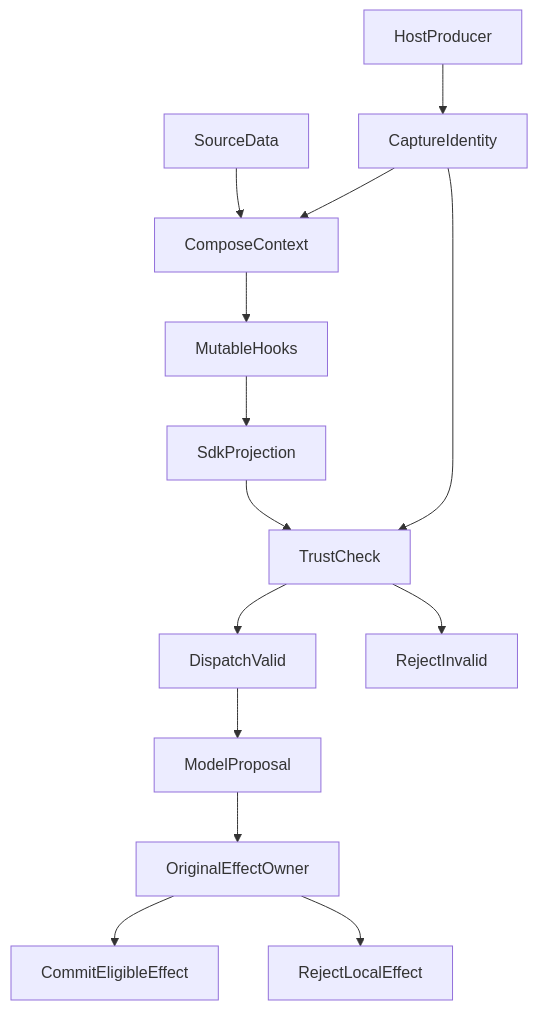
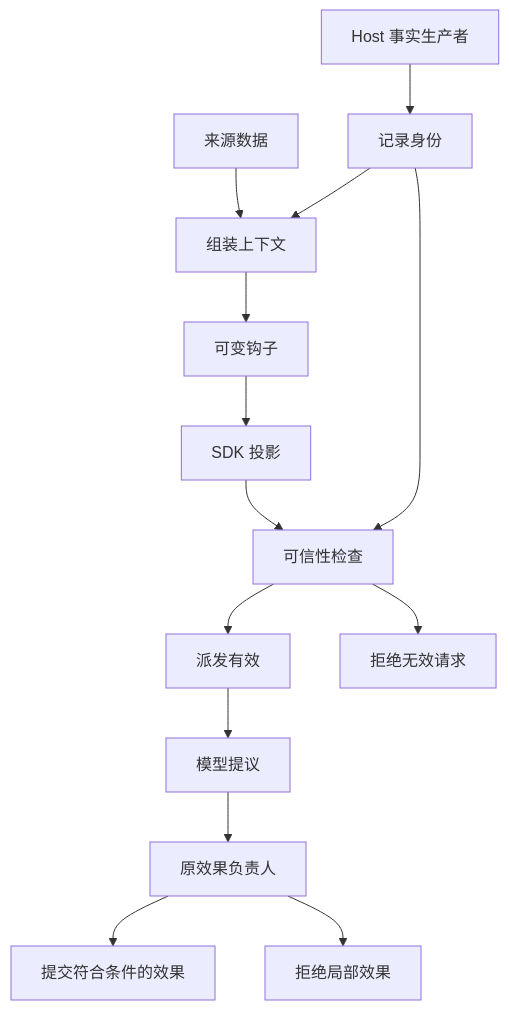
Before and after one commit to hpoenixf/eff-agent-article: the diagram in articles/agent-content-trust-prompt-injection.md, drawn with Mermaid. The commit also changed 52 other files, not shown here.

Commit message:
docs: localize diagrams and clarify flagship guides

````diff
--- a/articles/agent-content-trust-prompt-injection.md
+++ b/articles/agent-content-trust-prompt-injection.md
@@ -42,16 +42,16 @@
 ```mermaid
 graph TD
-HostProducer --> CaptureIdentity
-SourceData --> ComposeContext
+HostProducer["Host 事实生产者"] --> CaptureIdentity["记录身份"]
+SourceData["来源数据"] --> ComposeContext["组装上下文"]
 CaptureIdentity --> ComposeContext
-ComposeContext --> MutableHooks
-MutableHooks --> SdkProjection
-SdkProjection --> TrustCheck
+ComposeContext --> MutableHooks["可变钩子"]
+MutableHooks --> SdkProjection["SDK 投影"]
+SdkProjection --> TrustCheck["可信性检查"]
 CaptureIdentity --> TrustCheck
-TrustCheck --> DispatchValid
-TrustCheck --> RejectInvalid
-DispatchValid --> ModelProposal
-ModelProposal --> OriginalEffectOwner
-OriginalEffectOwner --> CommitEligibleEffect
-OriginalEffectOwner --> RejectLocalEffect
+TrustCheck --> DispatchValid["派发有效"]
+TrustCheck --> RejectInvalid["拒绝无效请求"]
+DispatchValid --> ModelProposal["模型提议"]
+ModelProposal --> OriginalEffectOwner["原效果负责人"]
+OriginalEffectOwner --> CommitEligibleEffect["提交符合条件的效果"]
+OriginalEffectOwner --> RejectLocalEffect["拒绝局部效果"]
 ```
````
